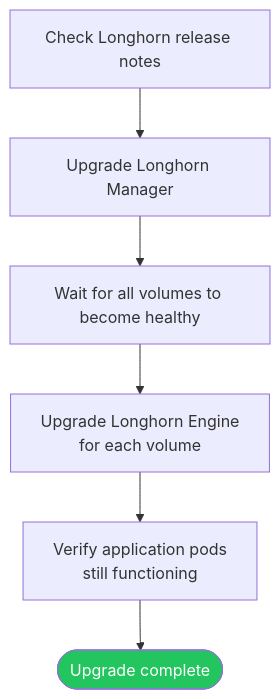
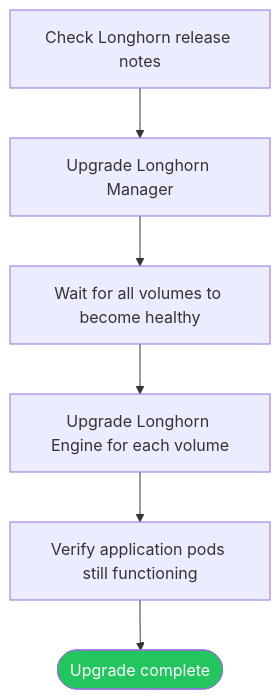
Before and after one commit to UncleJS/course_k3s: the fourth of 4 diagrams in 05_storage/03_longhorn_setup.md, drawn with Mermaid. The commit also changed other lines of this file and 57 other files, not shown here.

````diff
--- a/05_storage/03_longhorn_setup.md
+++ b/05_storage/03_longhorn_setup.md
@@ -354,10 +354,10 @@
 ```mermaid
 flowchart TD
     A[Check Longhorn release notes] --> B[Upgrade Longhorn Manager]
     B --> C[Wait for all volumes to become healthy]
-    C --> D[Upgrade Longhorn Engine\nfor each volume]
-    D --> E[Verify application pods\nstill functioning]
+    C --> D[Upgrade Longhorn Engine for each volume]
+    D --> E[Verify application pods still functioning]
     E --> DONE([Upgrade complete])
 
     style DONE fill:#22c55e,color:#fff
 ```
````
